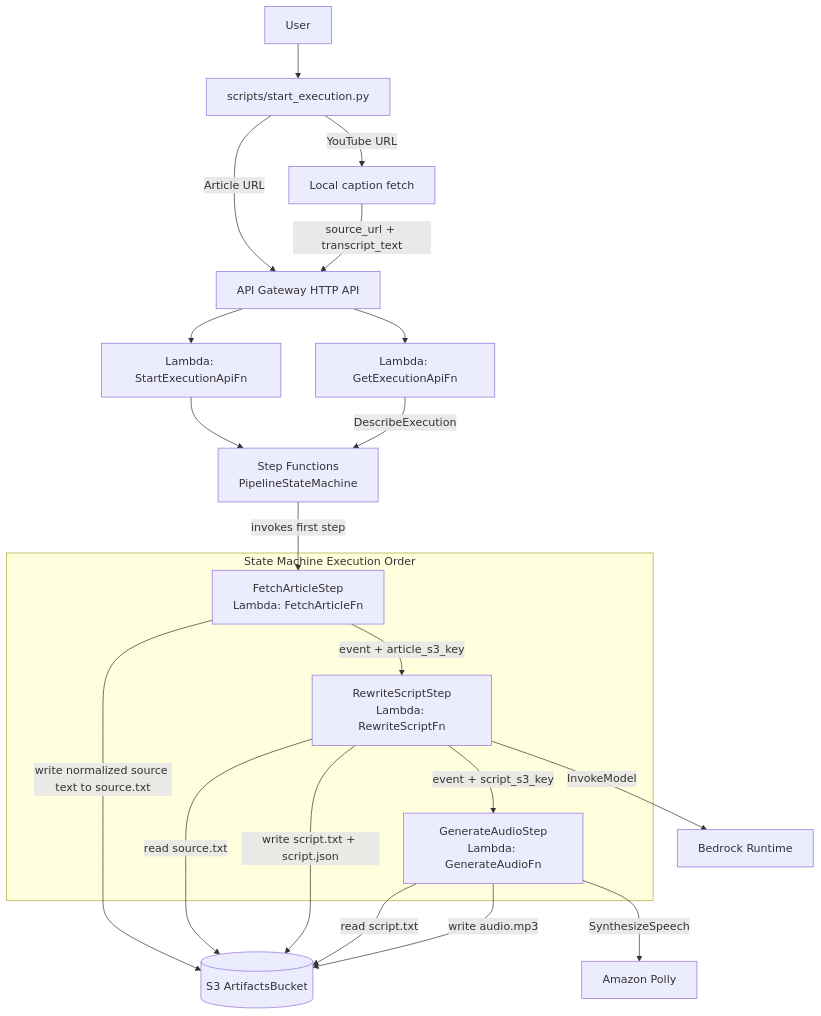
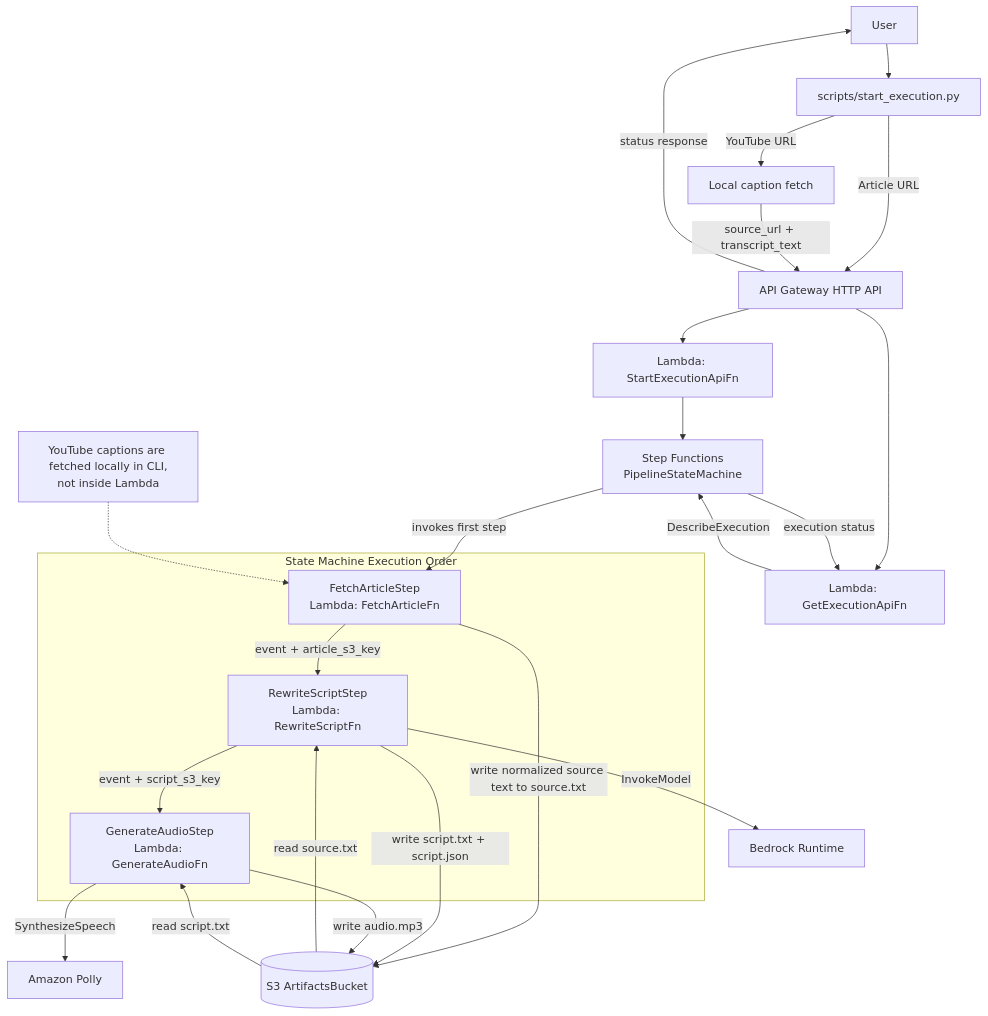
One commit to HusamMTU/PodcastAnything changed the diagram in README.md. Above: the diagram before and after it, drawn with Mermaid.

Commit message:
Refine README flowchart arrows and YouTube caption note

````diff
--- a/README.md
+++ b/README.md
@@ -70,29 +70,32 @@
 ```mermaid
 flowchart TD
   U[User] --> SE[scripts/start_execution.py]
   SE -->|Article URL| API[API Gateway HTTP API]
   SE -->|YouTube URL| CC[Local caption fetch]
   CC -->|source_url + transcript_text| API
 
   API --> SAE[Lambda: StartExecutionApiFn]
   API --> GES[Lambda: GetExecutionApiFn]
+  API -->|status response| U
   SAE --> SFN[Step Functions\nPipelineStateMachine]
   GES -->|DescribeExecution| SFN
+  SFN -->|execution status| GES
 
   subgraph PIPE[State Machine Execution Order]
     F[FetchArticleStep\nLambda: FetchArticleFn]
     R[RewriteScriptStep\nLambda: RewriteScriptFn]
     G[GenerateAudioStep\nLambda: GenerateAudioFn]
     F -->|event + article_s3_key| R
     R -->|event + script_s3_key| G
   end
 
   SFN -->|invokes first step| F
+  NOTE[YouTube captions are fetched locally in CLI,\nnot inside Lambda] -.-> F
   F -->|write normalized source text to source.txt| S3[(S3 ArtifactsBucket)]
-  R -->|read source.txt| S3
+  S3 -->|read source.txt| R
   R -->|write script.txt + script.json| S3
-  G -->|read script.txt| S3
+  S3 -->|read script.txt| G
   G -->|write audio.mp3| S3
   R -->|InvokeModel| BR[Bedrock Runtime]
   G -->|SynthesizeSpeech| P[Amazon Polly]
 ```
````
